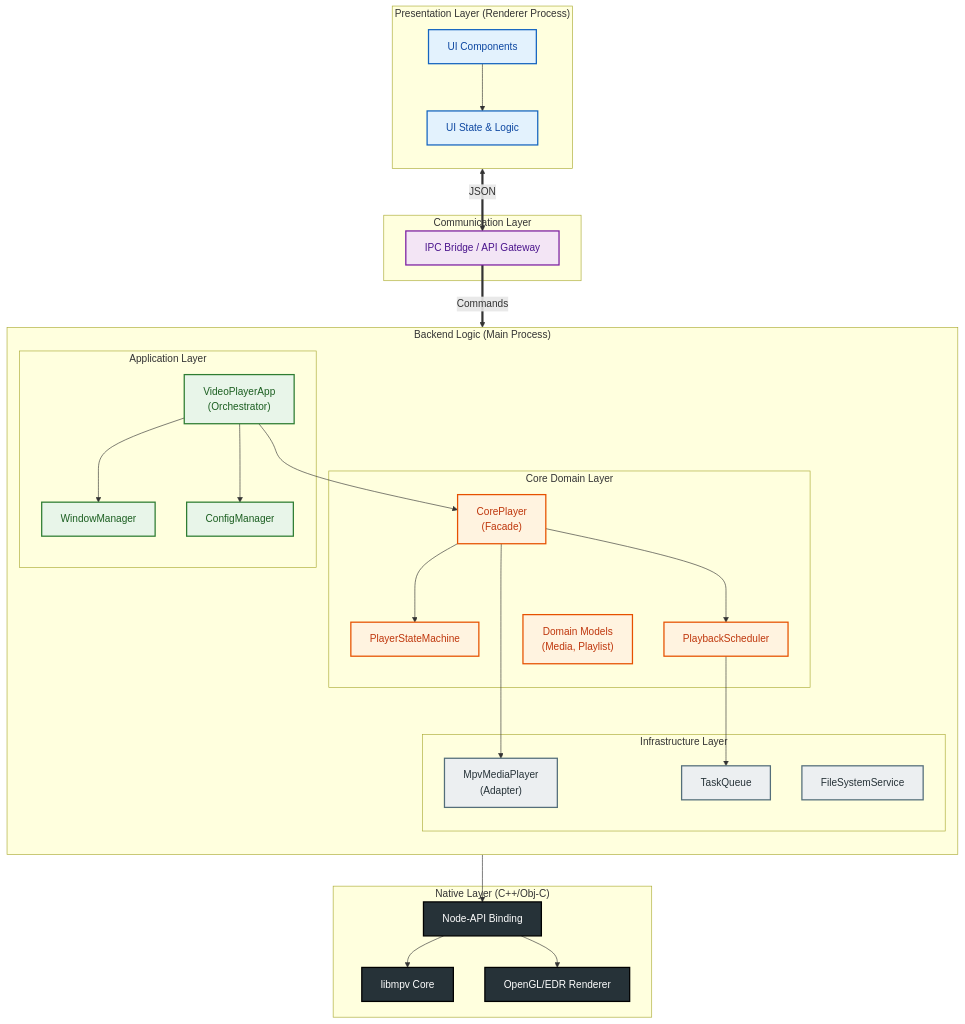
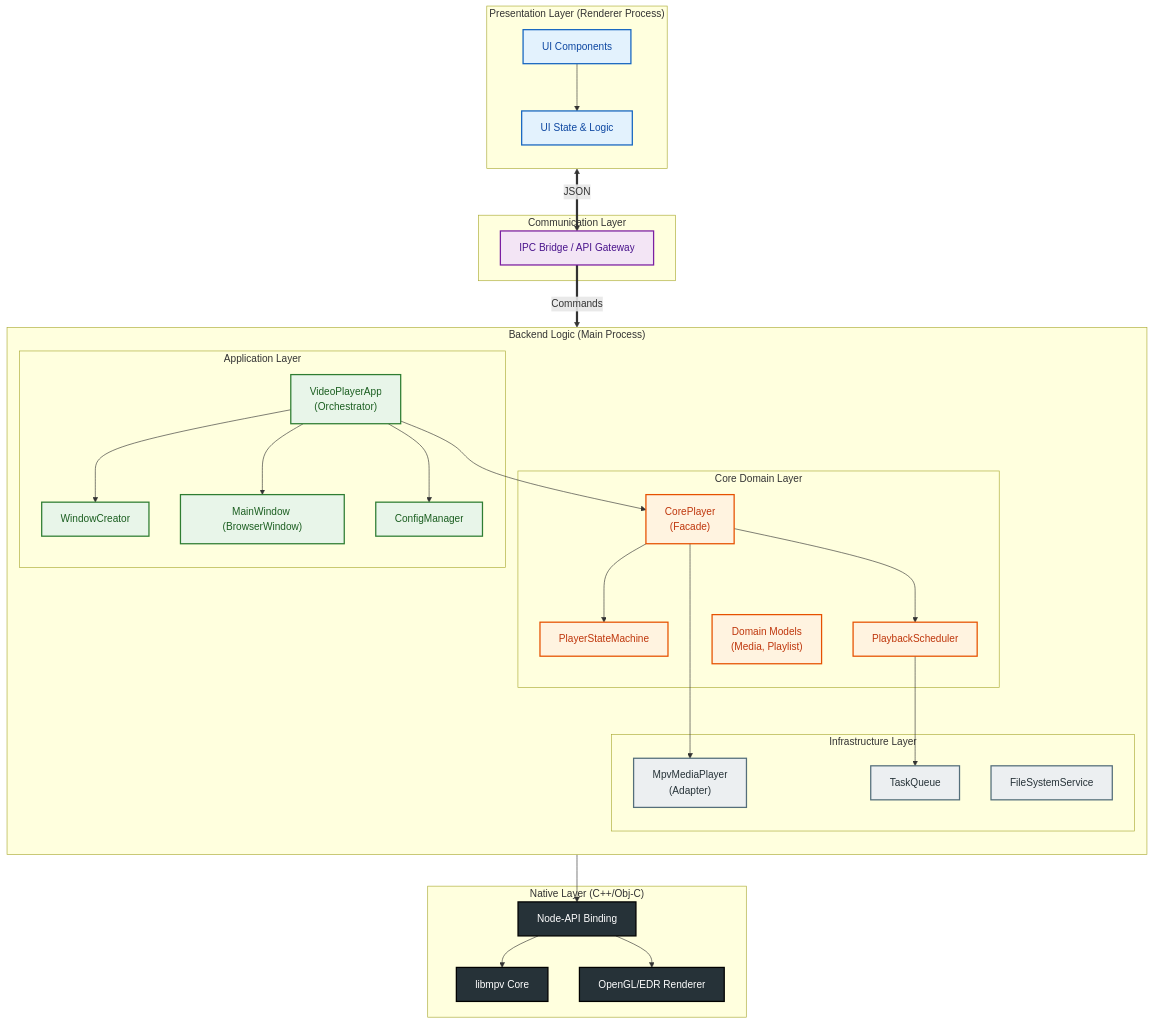
The first of 10 diagrams in docs/architecture/ARCHITECTURE.md (Lucas-lgm/lumiere), drawn with Mermaid before and after one commit. The commit also changed other lines of this file and 8 other files, not shown here.

First line of the commit message:
refactor: 移除 WindowManager 并直接管理主窗口

````diff
--- a/docs/architecture/ARCHITECTURE.md
+++ b/docs/architecture/ARCHITECTURE.md
@@ -29,68 +29,70 @@
 ```mermaid
 flowchart TB
     %% Styling
     classDef ui fill:#e3f2fd,stroke:#1565c0,stroke-width:2px,color:#0d47a1
     classDef ipc fill:#f3e5f5,stroke:#7b1fa2,stroke-width:2px,color:#4a148c
     classDef app fill:#e8f5e9,stroke:#2e7d32,stroke-width:2px,color:#1b5e20
     classDef domain fill:#fff3e0,stroke:#e65100,stroke-width:2px,color:#bf360c
     classDef infra fill:#eceff1,stroke:#546e7a,stroke-width:2px,color:#263238
     classDef native fill:#263238,stroke:#000,stroke-width:2px,color:#fff
 
     subgraph UserInterface ["Presentation Layer (Renderer Process)"]
         direction TB
         UI_Vue[UI Components]:::ui
         UI_State[UI State & Logic]:::ui
         UI_Vue --> UI_State
     end
 
     subgraph CommLayer ["Communication Layer"]
         IPC[IPC Bridge / API Gateway]:::ipc
     end
 
     subgraph MainProcess ["Backend Logic (Main Process)"]
         direction TB
         
         subgraph AppLayer ["Application Layer"]
             App_Orch["VideoPlayerApp<br/>(Orchestrator)"]:::app
-            App_Win[WindowManager]:::app
+            App_WCreator[WindowCreator]:::app
+            App_Main["MainWindow (BrowserWindow)"]:::app
             App_Config[ConfigManager]:::app
         end
 
         subgraph DomainLayer ["Core Domain Layer"]
             Core_Facade["CorePlayer<br/>(Facade)"]:::domain
             Core_SM[PlayerStateMachine]:::domain
             Core_Sched[PlaybackScheduler]:::domain
             Core_Model["Domain Models<br/>(Media, Playlist)"]:::domain
         end
 
         subgraph InfraLayer ["Infrastructure Layer"]
             Infra_MPV["MpvMediaPlayer<br/>(Adapter)"]:::infra
             Infra_FS[FileSystemService]:::infra
             Infra_Task[TaskQueue]:::infra
         end
     end
 
     subgraph NativeLayer ["Native Layer (C++/Obj-C)"]
         Native_API[Node-API Binding]:::native
         Native_Lib[libmpv Core]:::native
         Native_Render[OpenGL/EDR Renderer]:::native
     end
 
     %% Flows
     UI_State <==>|JSON| IPC
     IPC ==>|Commands| App_Orch
     
-    App_Orch --> App_Win
+    App_Orch --> App_WCreator
+    App_Orch --> App_Main
     App_Orch --> App_Config
     App_Orch --> Core_Facade
 
     Core_Facade --> Core_SM
     Core_Facade --> Core_Sched
     Core_Facade --> Infra_MPV
 
     Core_Sched --> Infra_Task
     
     Infra_MPV --> Native_API
     Native_API --> Native_Lib
     Native_API --> Native_Render
 ```
````
